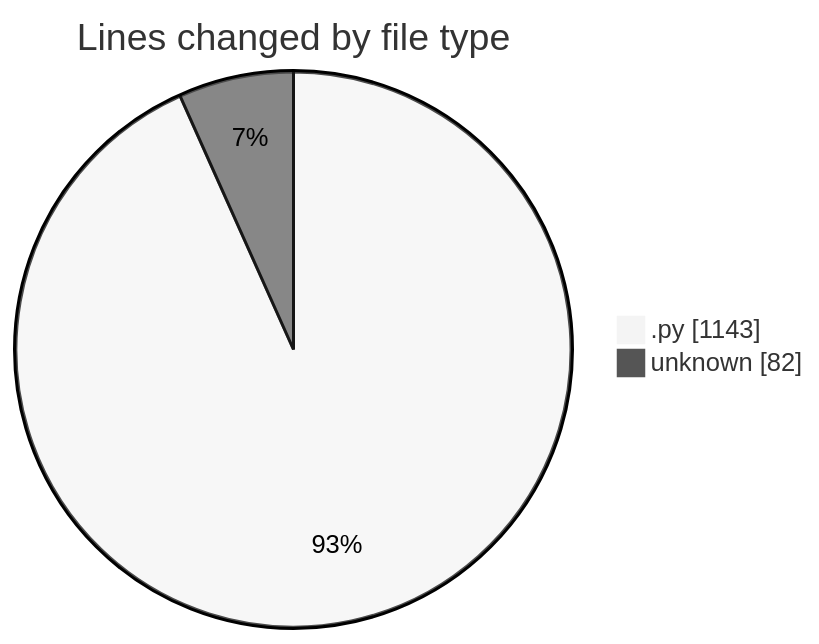
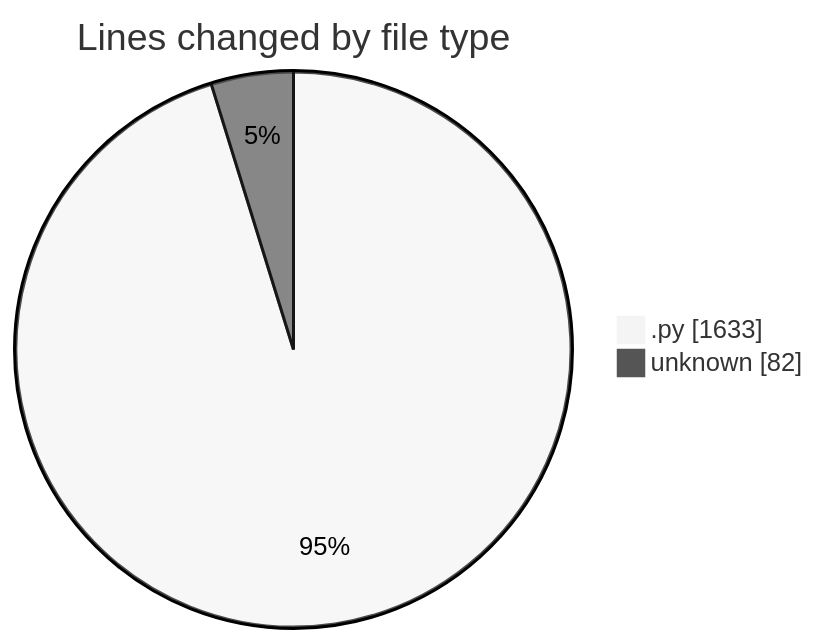
Before and after one commit to julien-gomy/code-tracking: the first of 2 diagrams in 2025-10-16/eventscop-api-guide__workspace_/README.md, drawn with Mermaid (neutral theme). The commit also changed other lines of this file and 1 other file, not shown here.

````diff
--- a/2025-10-16/eventscop-api-guide__workspace_/README.md
+++ b/2025-10-16/eventscop-api-guide__workspace_/README.md
@@ -29,6 +30,6 @@
 ```mermaid
 pie showData
 title Lines changed by file type
-".py" : 1143
+".py" : 1633
 "unknown" : 82
 ```
````
